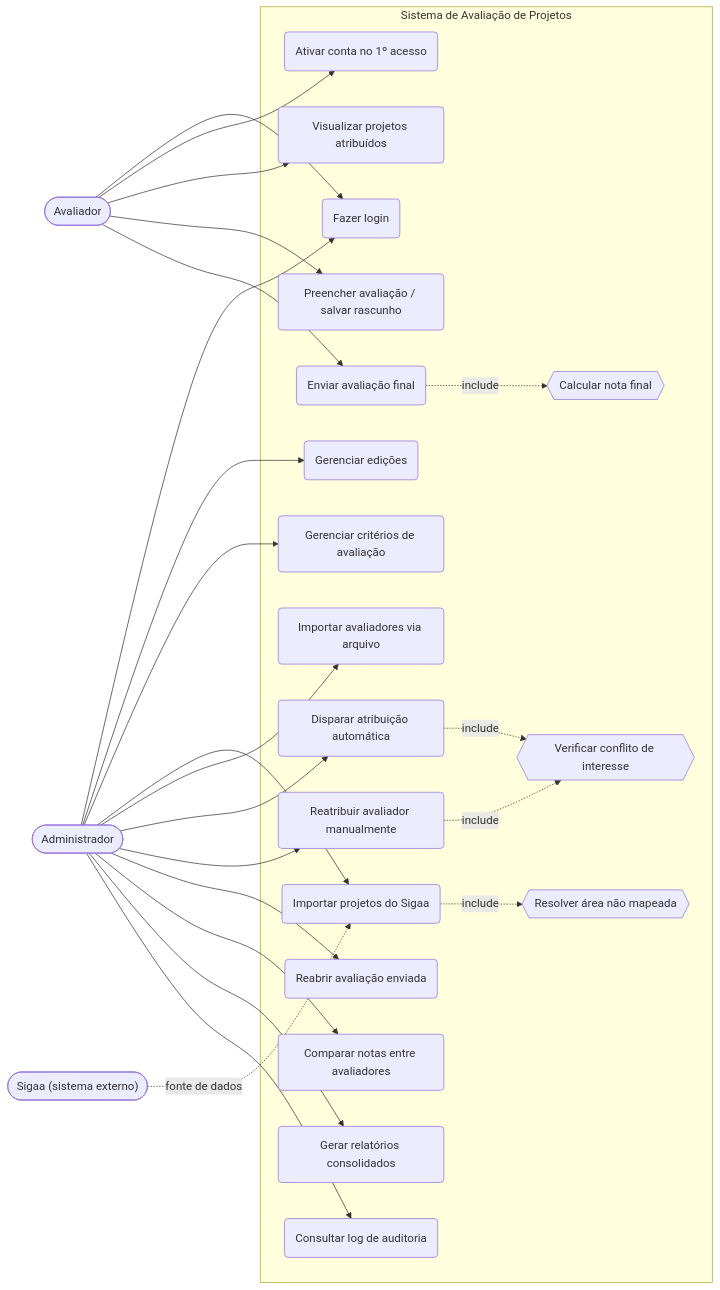
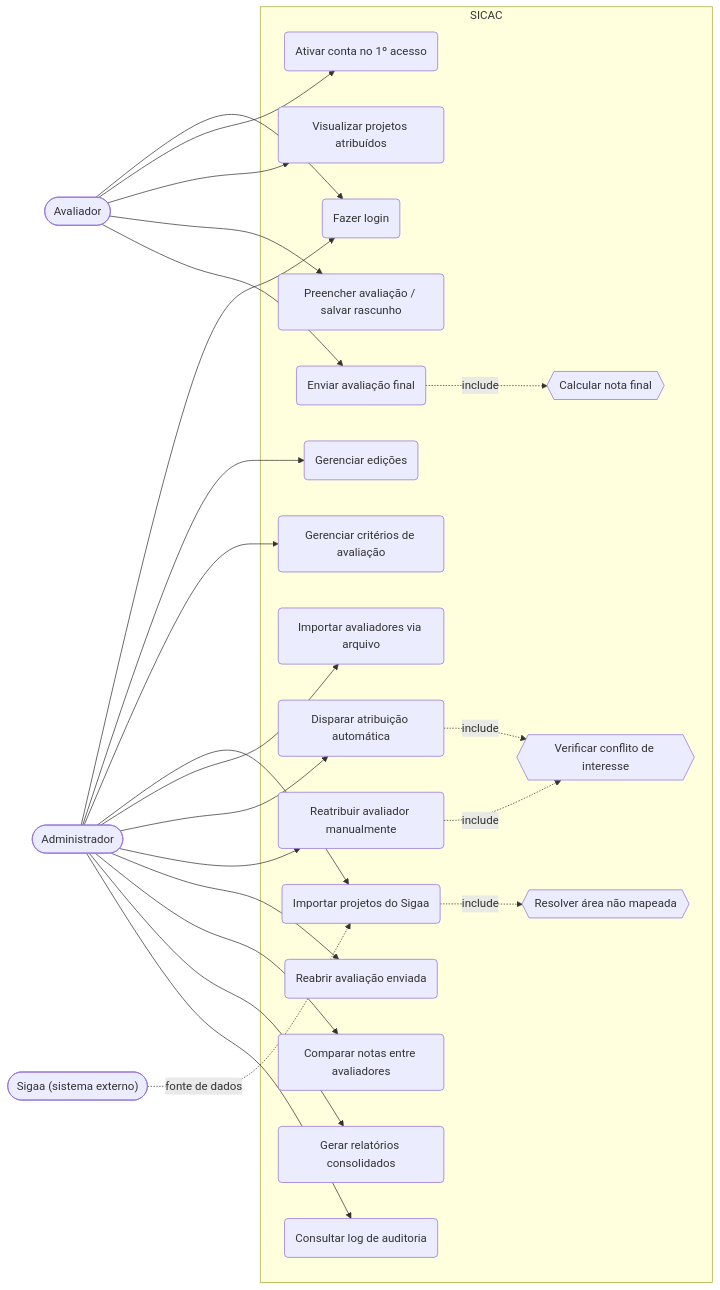
Before and after one commit to EmilyRibeiro00/sistema-de-avaliacao-de-projetos-academicos: the diagram in diagrams/diagrama-casos-uso.md, drawn with Mermaid. The commit also changed other lines of this file and 303 other files, not shown here.

````diff
--- a/diagrams/diagrama-casos-uso.md
+++ b/diagrams/diagrama-casos-uso.md
@@ -5,54 +5,54 @@
 ```mermaid
 flowchart LR
     Avaliador(["Avaliador"])
     Administrador(["Administrador"])
     Sigaa(["Sigaa (sistema externo)"])
 
-    subgraph Sistema de Avaliação de Projetos
+    subgraph SICAC
         UC1(Fazer login)
         UC2(Ativar conta no 1º acesso)
         UC3(Visualizar projetos atribuídos)
         UC4(Preencher avaliação / salvar rascunho)
         UC5(Enviar avaliação final)
 
         UC6(Gerenciar edições)
         UC7(Gerenciar critérios de avaliação)
         UC8(Importar projetos do Sigaa)
         UC9(Importar avaliadores via arquivo)
         UC10(Disparar atribuição automática)
         UC11(Reatribuir avaliador manualmente)
         UC12(Reabrir avaliação enviada)
         UC13(Comparar notas entre avaliadores)
         UC14(Gerar relatórios consolidados)
         UC15(Consultar log de auditoria)
 
         UC16{{Verificar conflito de interesse}}
         UC17{{Calcular nota final}}
         UC18{{Resolver área não mapeada}}
     end
 
     Avaliador --> UC1
     Avaliador --> UC2
     Avaliador --> UC3
     Avaliador --> UC4
     Avaliador --> UC5
 
     Administrador --> UC1
     Administrador --> UC6
     Administrador --> UC7
     Administrador --> UC8
     Administrador --> UC9
     Administrador --> UC10
     Administrador --> UC11
     Administrador --> UC12
     Administrador --> UC13
     Administrador --> UC14
     Administrador --> UC15
 
     Sigaa -. fonte de dados .-> UC8
 
     UC10 -. include .-> UC16
     UC11 -. include .-> UC16
     UC5 -. include .-> UC17
     UC8 -. include .-> UC18
 ```
````
